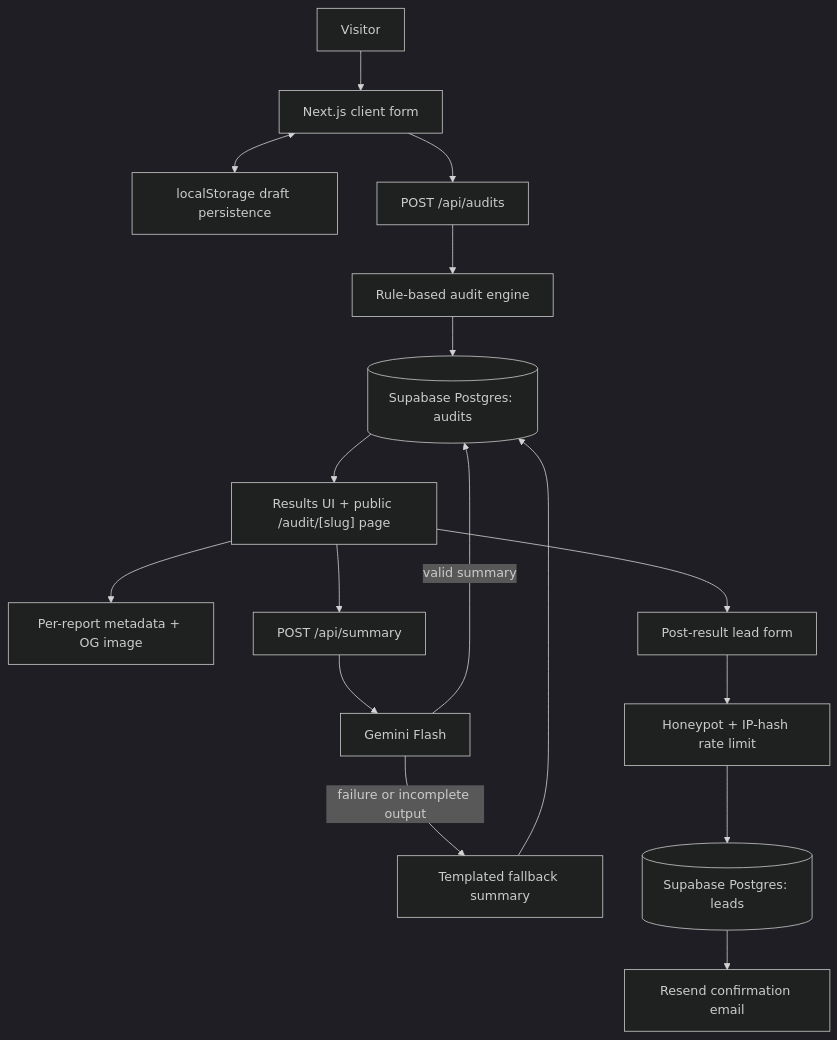
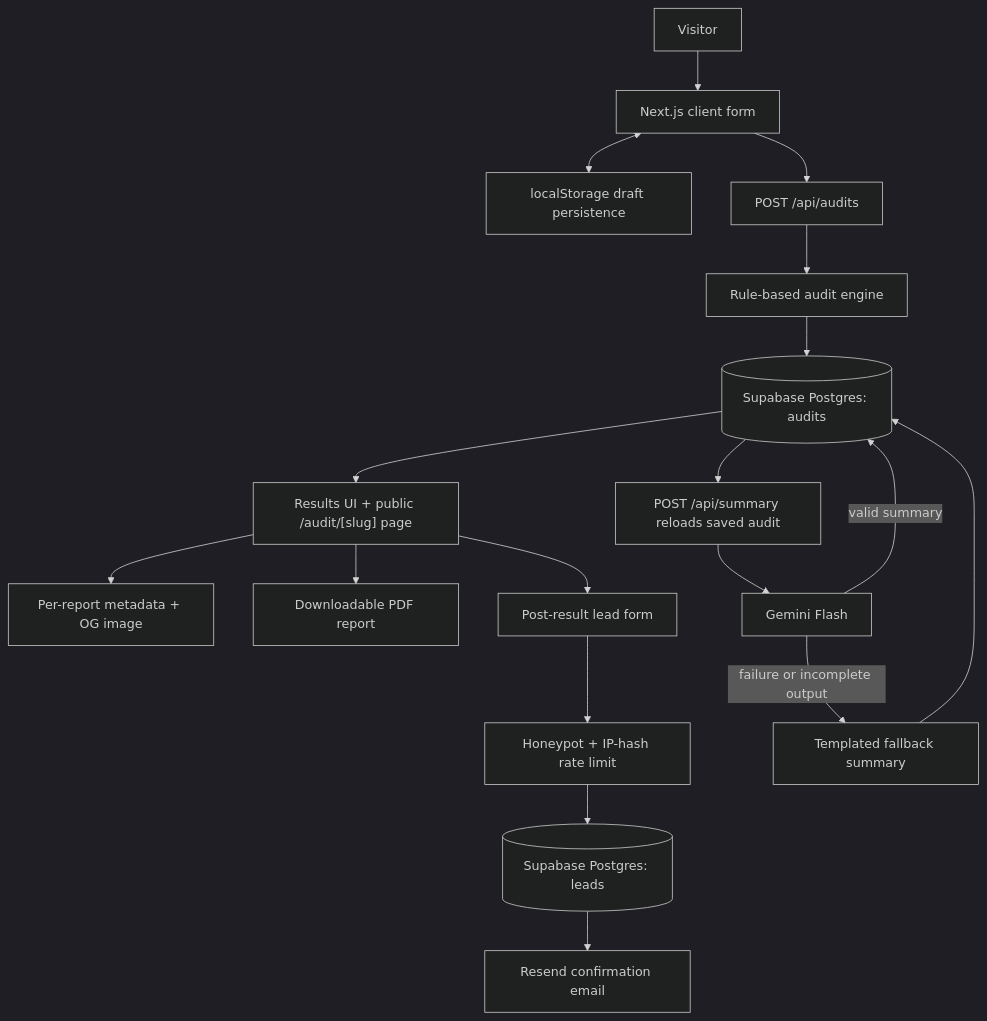
One commit to Awowowow/spendLens changed the diagram in ARCHITECTURE.md. Above: the diagram before and after it, drawn with Mermaid (dark theme). The commit also changed other lines of this file and 5 other files, not shown here.

Commit message:
docs: align final evidence with implemented flow

````diff
--- a/ARCHITECTURE.md
+++ b/ARCHITECTURE.md
@@ -5,19 +5,20 @@
 ```mermaid
 flowchart TD
     U["Visitor"] --> F["Next.js client form"]
     F <--> LS["localStorage draft persistence"]
     F --> A["POST /api/audits"]
     A --> E["Rule-based audit engine"]
     E --> DB[("Supabase Postgres: audits")]
     DB --> R["Results UI + public /audit/[slug] page"]
     R --> OG["Per-report metadata + OG image"]
-    R --> S["POST /api/summary"]
+    R --> PDF["Downloadable PDF report"]
+    DB --> S["POST /api/summary reloads saved audit"]
     S --> G["Gemini Flash"]
     G -->|valid summary| DB
     G -->|failure or incomplete output| FB["Templated fallback summary"]
     FB --> DB
     R --> L["Post-result lead form"]
     L --> HP["Honeypot + IP-hash rate limit"]
     HP --> LD[("Supabase Postgres: leads")]
     LD --> EM["Resend confirmation email"]
 ```
````
